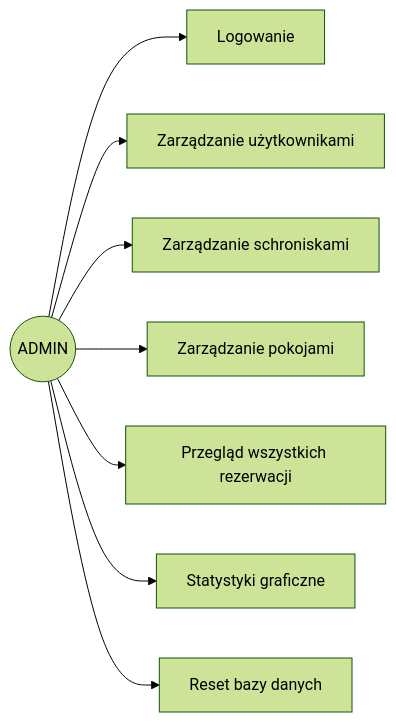
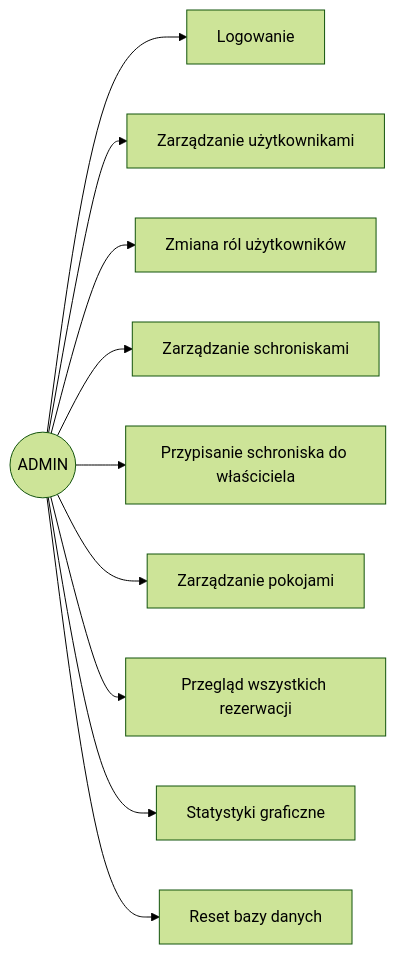
The third of 6 diagrams in docs/04_role_i_przyklady.md (sh1zer/bnabd), drawn with Mermaid (forest theme) before and after one commit. The commit also changed other lines of this file and 2 other files, not shown here.

````diff
--- a/docs/04_role_i_przyklady.md
+++ b/docs/04_role_i_przyklady.md
@@ -136,11 +167,13 @@
 ```mermaid
 graph LR
     A((ADMIN))
     A --> AC1[Logowanie]
     A --> AC2[Zarządzanie użytkownikami]
-    A --> AC3[Zarządzanie schroniskami]
-    A --> AC4[Zarządzanie pokojami]
-    A --> AC5[Przegląd wszystkich rezerwacji]
-    A --> AC6[Statystyki graficzne]
-    A --> AC7[Reset bazy danych]
+    A --> AC3[Zmiana ról użytkowników]
+    A --> AC4[Zarządzanie schroniskami]
+    A --> AC5[Przypisanie schroniska do właściciela]
+    A --> AC6[Zarządzanie pokojami]
+    A --> AC7[Przegląd wszystkich rezerwacji]
+    A --> AC8[Statystyki graficzne]
+    A --> AC9[Reset bazy danych]
 ```
````
